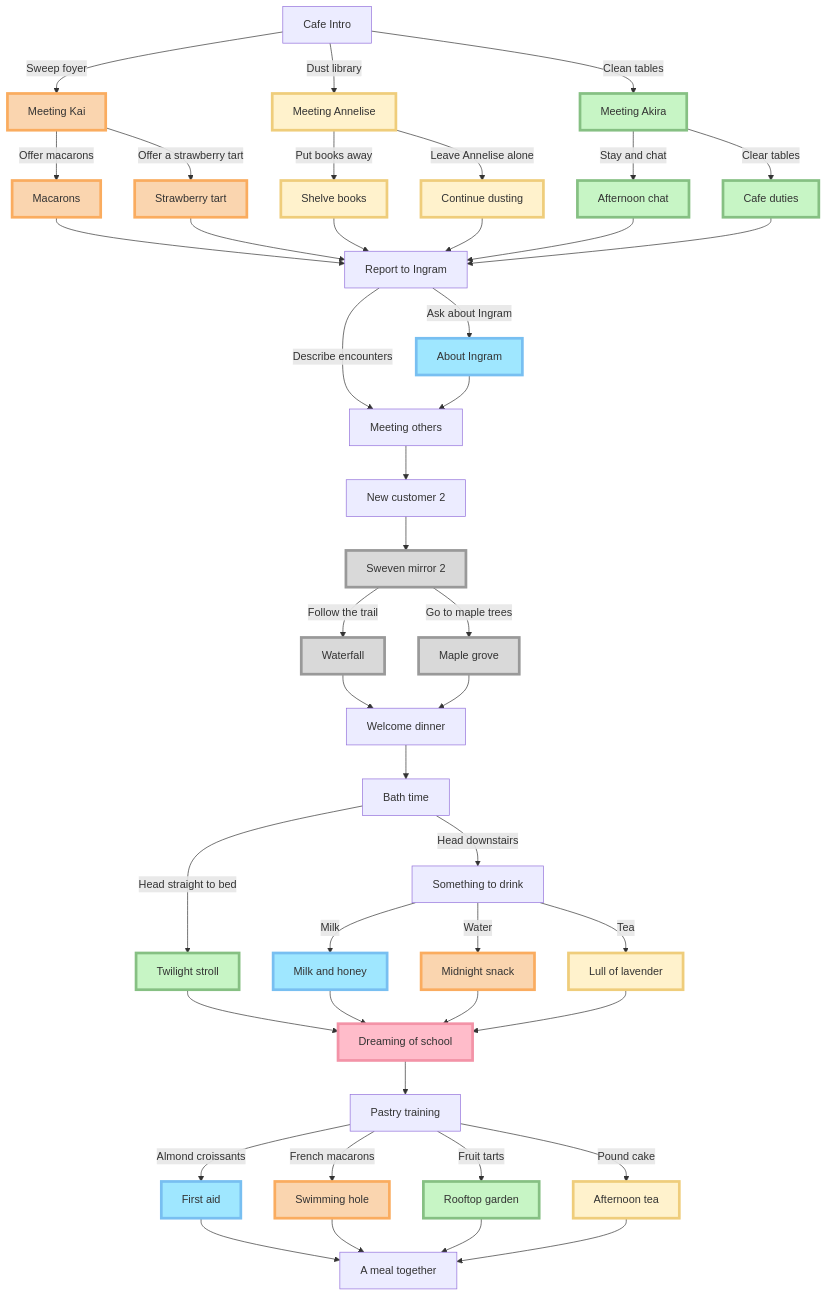
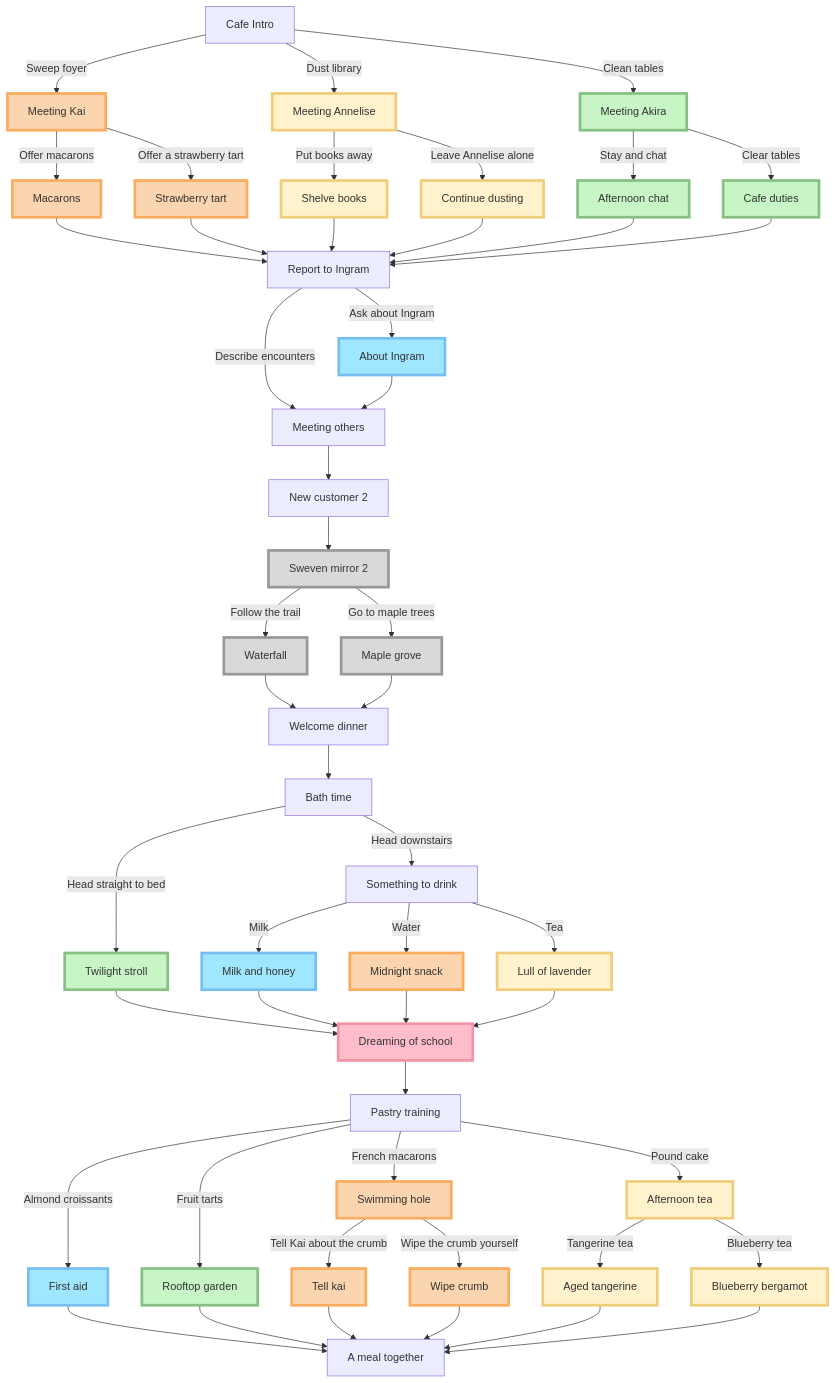
Before and after one commit to milkysan92/nobaros-cafe: the diagram in script/Nobaros Cafe/Chapter 2/Chapter 2 Master.md, drawn with Mermaid. The commit also changed 1 other file, not shown here.

Commit message:
Adjust Obsidian flowchart to include choices for Kai and Annelise's pastry scenarios

```diff
--- a/script/Nobaros Cafe/Chapter 2/Chapter 2 Master.md
+++ b/script/Nobaros Cafe/Chapter 2/Chapter 2 Master.md
@@ -30,9 +30,13 @@
 school-dreams[Dreaming of school]
 masterchef[Pastry training]
 sweets-ingram[First aid]
+sweets-akira[Rooftop garden]
 sweets-kai[Swimming hole]
-sweets-akira[Rooftop garden]
+wipe-crumb[Wipe crumb]
+tell-kai[Tell kai]
 sweets-annelise[Afternoon tea]
+tangerine[Aged tangerine]
+blueberry[Blueberry bergamot]
 group-dinner[A meal together]
 
 %% Define node formatting for routes
@@ -67,10 +71,16 @@
 night-ingram & night-kai & night-akira & night-annelise-->school-dreams
 school-dreams-->masterchef
 masterchef--Almond croissants-->sweets-ingram
+masterchef--Fruit tarts-->sweets-akira
 masterchef--French macarons-->sweets-kai
-masterchef--Fruit tarts-->sweets-akira
+sweets-kai--Tell Kai about the crumb-->tell-kai
+sweets-kai--Wipe the crumb yourself-->wipe-crumb
+tell-kai & wipe-crumb-->group-dinner
 masterchef--Pound cake-->sweets-annelise
-sweets-ingram & sweets-kai & sweets-akira & sweets-annelise-->group-dinner
+sweets-annelise--Tangerine tea-->tangerine
+sweets-annelise--Blueberry tea-->blueberry
+tangerine & blueberry-->group-dinner
+sweets-ingram & sweets-akira-->group-dinner
 
 %% Format the routes & link to script files accordingly
 %%---------------------------------------------------------------------------
@@ -87,12 +97,12 @@
 class ingram-job,night-ingram,sweets-ingram internal-link
 
 %% Kai route
-class meet-kai,macarons-kai,strawberry-kai,night-kai,sweets-kai kai-route
-class meet-kai,macarons-kai,strawberry-kai,night-kai,sweets-kai internal-link
+class meet-kai,macarons-kai,strawberry-kai,night-kai,sweets-kai,tell-kai,wipe-crumb kai-route
+class meet-kai,macarons-kai,strawberry-kai,night-kai,sweets-kai,tell-kai,wipe-crumb internal-link
 
 %% Annelise route
-class meet-annelise,shelve-annelise,dust-annelise,night-annelise,sweets-annelise annelise-route
-class meet-annelise,shelve-annelise,dust-annelise,night-annelise,sweets-annelise internal-link
+class meet-annelise,shelve-annelise,dust-annelise,night-annelise,sweets-annelise,tangerine,blueberry annelise-route
+class meet-annelise,shelve-annelise,dust-annelise,night-annelise,sweets-annelise,tangerine,blueberry internal-link
 
 %% Akira route
 class meet-akira,clean-akira,chat-akira,night-akira,sweets-akira akira-route
```
